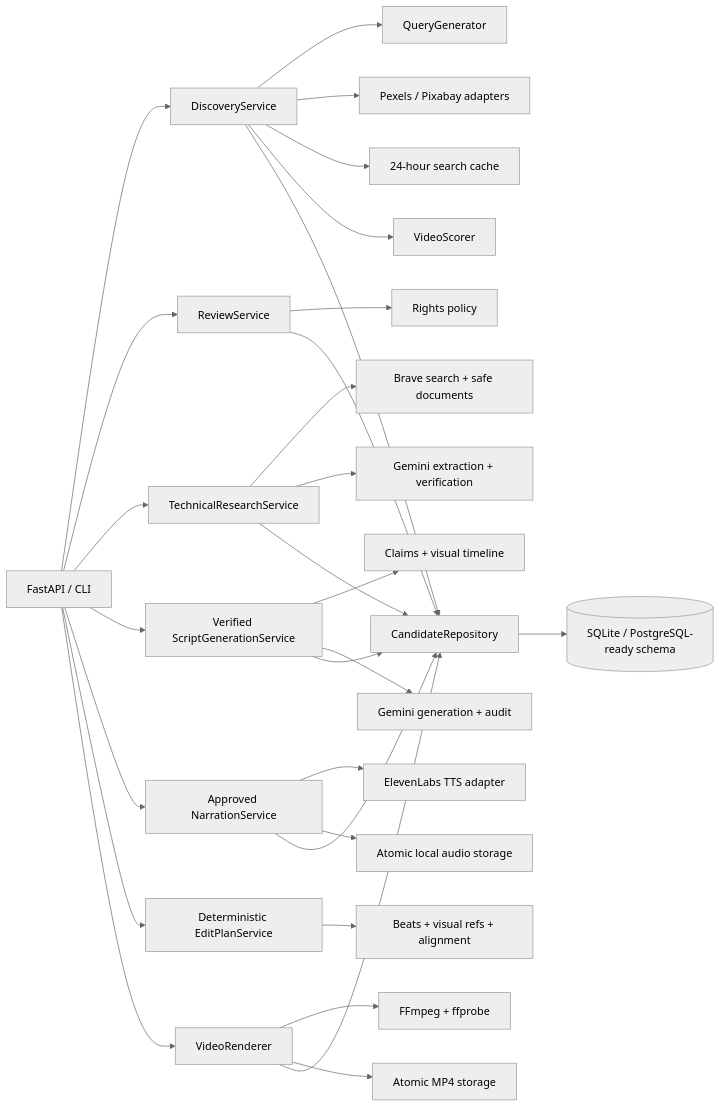
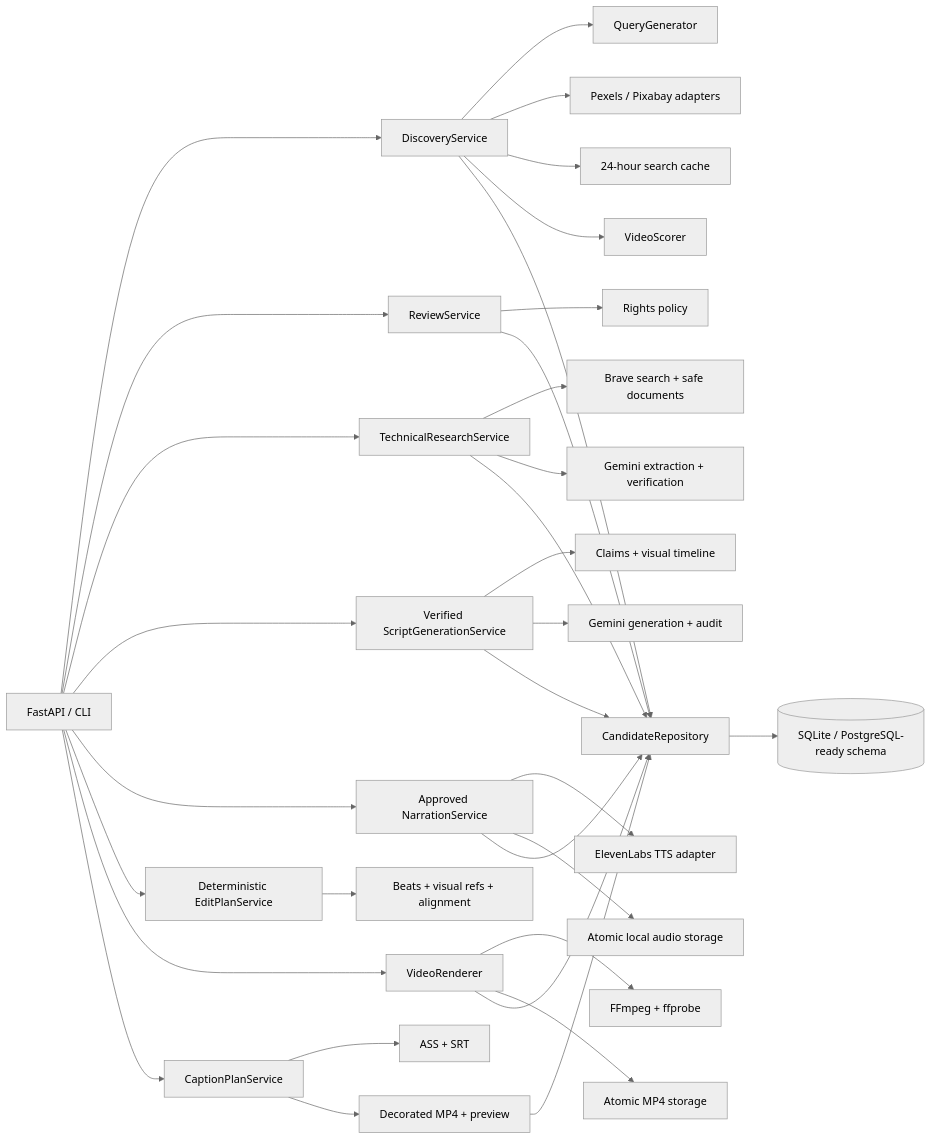
One commit to magdaleno88/VIdeo_editor changed the diagram in README.md. Above: the diagram before and after it, drawn with Mermaid (neutral theme). The commit also changed other lines of this file and 31 other files, not shown here.

````diff
--- a/README.md
+++ b/README.md
@@ -25,31 +26,35 @@
 ```mermaid
 flowchart LR
     API[FastAPI / CLI] --> Discovery[DiscoveryService]
     Discovery --> Queries[QueryGenerator]
     Discovery --> Providers[Pexels / Pixabay adapters]
     Discovery --> Cache[24-hour search cache]
     Discovery --> Scoring[VideoScorer]
     Discovery --> Repository[CandidateRepository]
     API --> Review[ReviewService]
     API --> Research[TechnicalResearchService]
     Research --> Search[Brave search + safe documents]
     Research --> Claims[Gemini extraction + verification]
     Research --> Repository
     API --> Scripting[Verified ScriptGenerationService]
     Scripting --> Allowlist[Claims + visual timeline]
     Scripting --> ScriptAI[Gemini generation + audit]
     Scripting --> Repository
     API --> Narration[Approved NarrationService]
     Narration --> TTS[ElevenLabs TTS adapter]
     Narration --> Audio[Atomic local audio storage]
     Narration --> Repository
     API --> Planning[Deterministic EditPlanService]
     Planning --> Evidence[Beats + visual refs + alignment]
     API --> Rendering[VideoRenderer]
     Rendering --> FFmpeg[FFmpeg + ffprobe]
     Rendering --> Output[Atomic MP4 storage]
     Rendering --> Repository
+    API --> Captions[CaptionPlanService]
+    Captions --> Subtitles[ASS + SRT]
+    Captions --> Final[Decorated MP4 + preview]
+    Final --> Repository
     Review --> Rights[Rights policy]
     Review --> Repository
     Repository --> DB[(SQLite / PostgreSQL-ready schema)]
 ```
````
